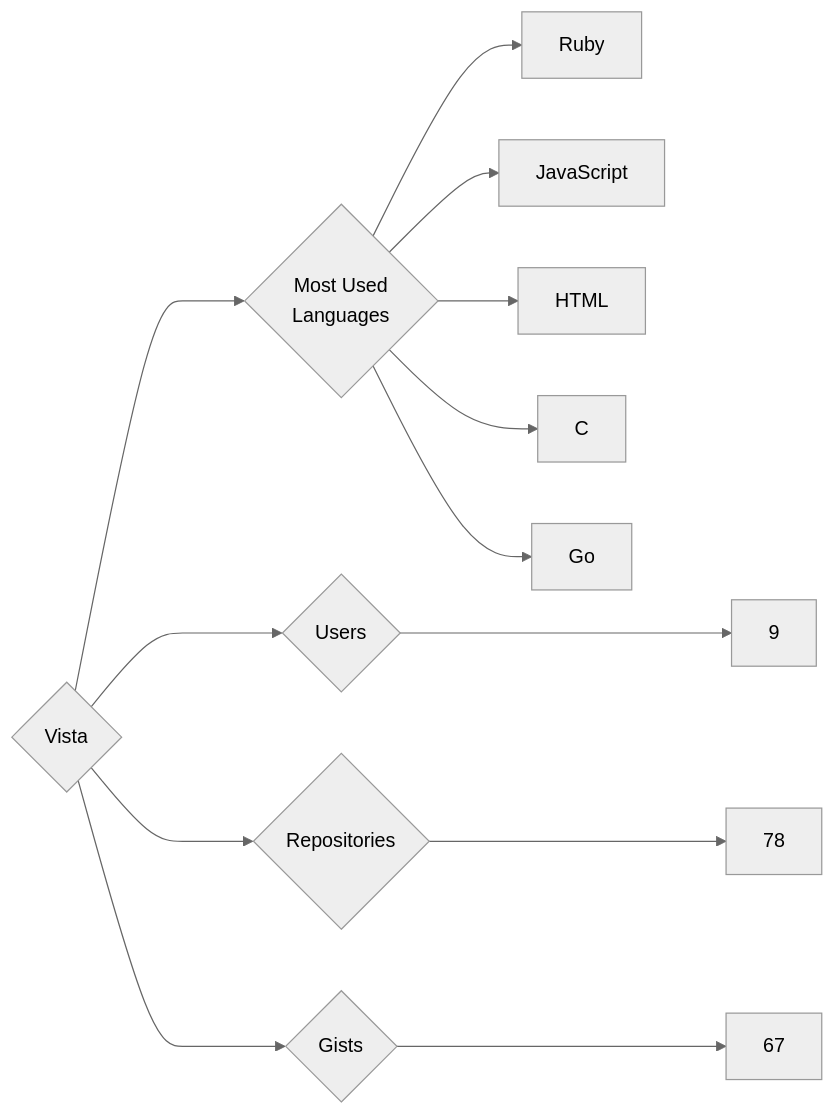
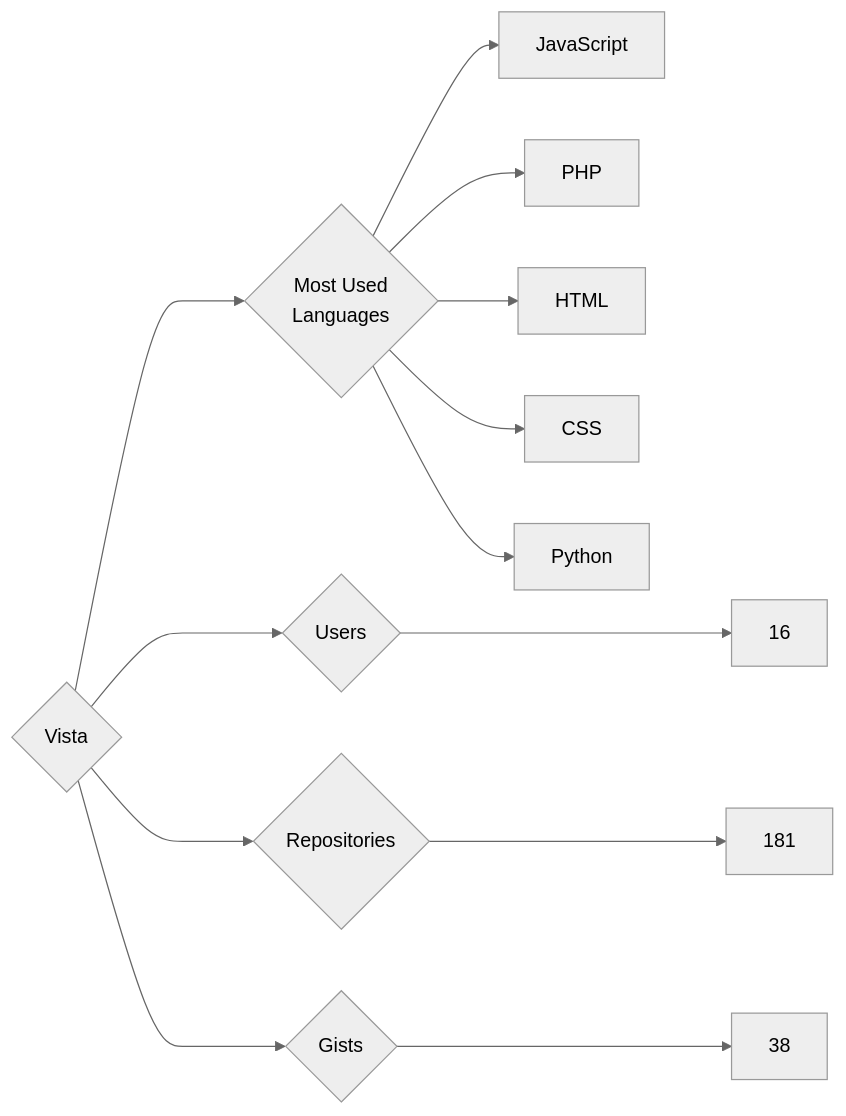
One commit to trickest/insiders changed the diagram in targets/Vista/README.md. Above: the diagram before and after it, drawn with Mermaid (neutral theme). The commit also changed 955 other files, not shown here.

````diff
--- a/targets/Vista/README.md
+++ b/targets/Vista/README.md
@@ -3,13 +3,13 @@
 ```mermaid
 graph LR
 COMPANY_NAME{Vista}
-COMPANY_NAME ---> U{Users} ---> UN[9]
-COMPANY_NAME ---> R{Repositories} ---> RN[78]
-COMPANY_NAME ---> G{Gists} ---> GN[67]
+COMPANY_NAME ---> U{Users} ---> UN[16]
+COMPANY_NAME ---> R{Repositories} ---> RN[181]
+COMPANY_NAME ---> G{Gists} ---> GN[38]
 COMPANY_NAME ---> ML{Most Used<br>Languages}
-ML --> Ruby[Ruby]
 ML --> JavaScript[JavaScript]
+ML --> PHP[PHP]
 ML --> HTML[HTML]
-ML --> C[C]
-ML --> Go[Go]
+ML --> CSS[CSS]
+ML --> Python[Python]
 ```
````
